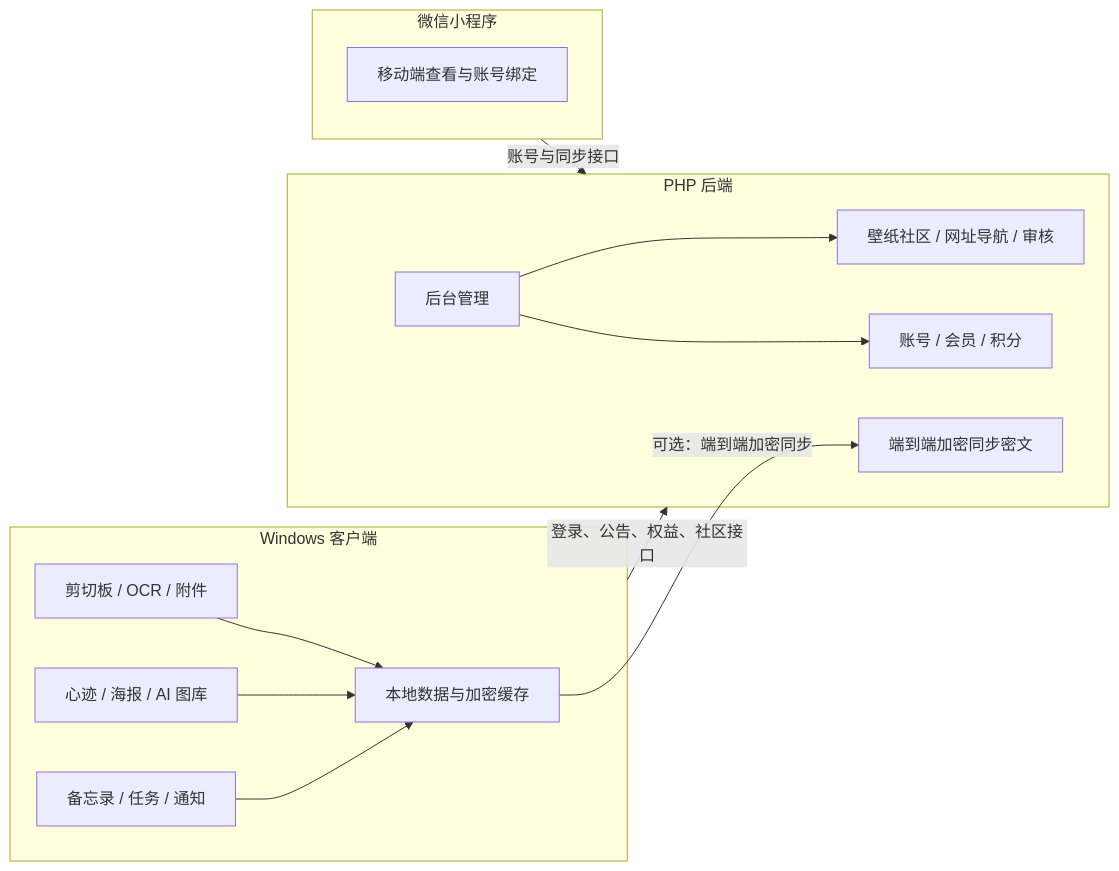
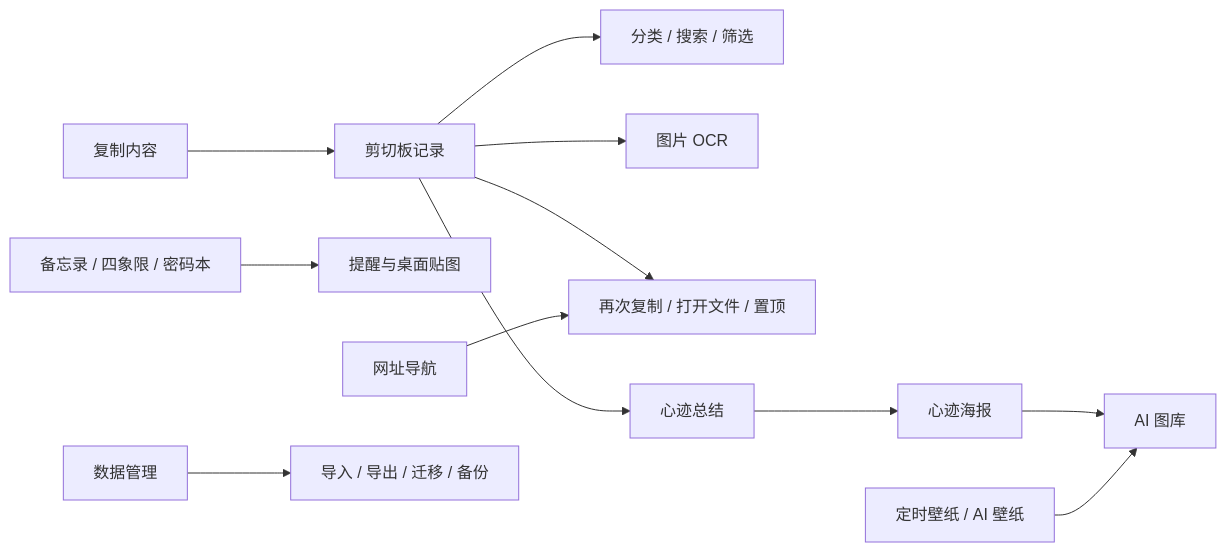
Before and after one commit to dcxa521gi/Gleanx: the diagram in README.md, drawn with Mermaid. The commit also changed other lines of this file, not shown here.

Commit message:
docs: keep README focused on Windows client features

````diff
--- a/README.md
+++ b/README.md
@@ -63,29 +86,14 @@
 ```mermaid
 flowchart LR
-  subgraph Client["Windows 客户端"]
-    Clipboard["剪切板 / OCR / 附件"]
-    Heartprint["心迹 / 海报 / AI 图库"]
-    Memo["备忘录 / 任务 / 通知"]
-    LocalData["本地数据与加密缓存"]
-  end
-
-  subgraph Server["PHP 后端"]
-    Account["账号 / 会员 / 积分"]
-    Admin["后台管理"]
-    Community["壁纸社区 / 网址导航 / 审核"]
-    Sync["端到端加密同步密文"]
-  end
-
-  subgraph Miniapp["微信小程序"]
-    Mobile["移动端查看与账号绑定"]
-  end
-
-  Clipboard --> LocalData
-  Heartprint --> LocalData
-  Memo --> LocalData
-  LocalData -->|可选：端到端加密同步| Sync
-  Client -->|登录、公告、权益、社区接口| Server
-  Miniapp -->|账号与同步接口| Server
-  Admin --> Account
-  Admin --> Community
+  Copy["复制内容"] --> Clipboard["剪切板记录"]
+  Clipboard --> Classify["分类 / 搜索 / 筛选"]
+  Clipboard --> OCR["图片 OCR"]
+  Clipboard --> Reuse["再次复制 / 打开文件 / 置顶"]
+  Clipboard --> Heartprint["心迹总结"]
+  Heartprint --> Poster["心迹海报"]
+  Poster --> Gallery["AI 图库"]
+  Wallpaper["定时壁纸 / AI 壁纸"] --> Gallery
+  Memo["备忘录 / 四象限 / 密码本"] --> Reminder["提醒与桌面贴图"]
+  Website["网址导航"] --> Reuse
+  Data["数据管理"] --> Backup["导入 / 导出 / 迁移 / 备份"]
 ```
````
